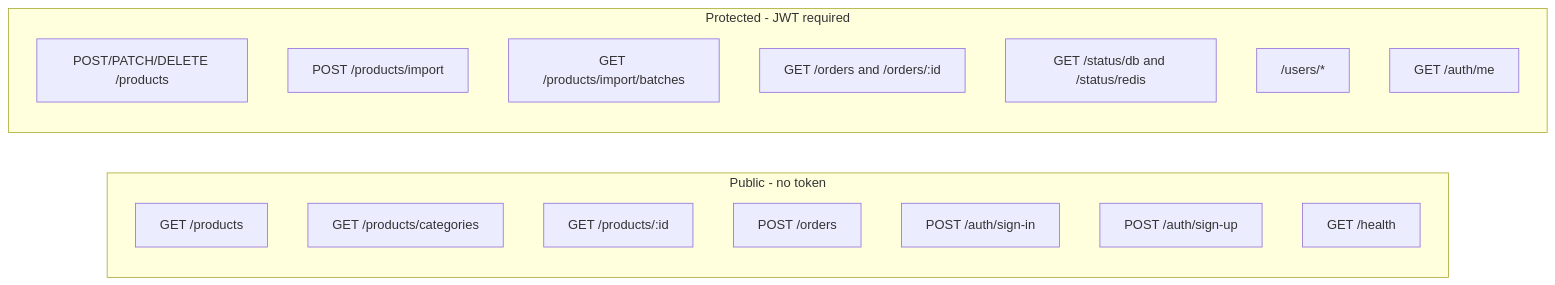
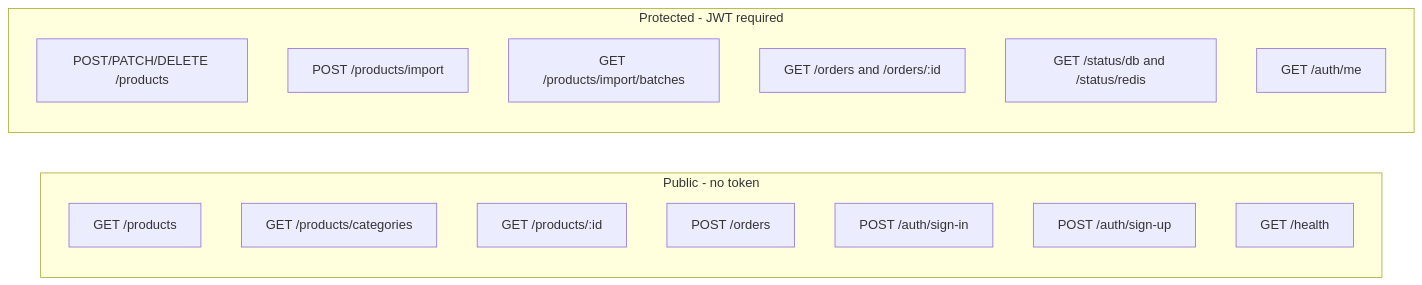
The first of 2 diagrams in docs/processes/P-06-authentication.md (alejandrogalaz21/e-comerce), drawn with Mermaid before and after one commit. The commit also changed other lines of this file and 4 other files, not shown here.

````diff
--- a/docs/processes/P-06-authentication.md
+++ b/docs/processes/P-06-authentication.md
@@ -23,22 +23,21 @@
 ```mermaid
 graph LR
     subgraph Public["Public - no token"]
         A1[GET /products]
         A2[GET /products/categories]
         A3[GET /products/:id]
         A4[POST /orders]
         A5[POST /auth/sign-in]
         A6[POST /auth/sign-up]
         A7[GET /health]
     end
 
     subgraph Protected["Protected - JWT required"]
         B1[POST/PATCH/DELETE /products]
         B2[POST /products/import]
         B3[GET /products/import/batches]
         B4[GET /orders and /orders/:id]
         B5[GET /status/db and /status/redis]
-        B6["/users/*"]
-        B7[GET /auth/me]
+        B6[GET /auth/me]
     end
 ```
````
